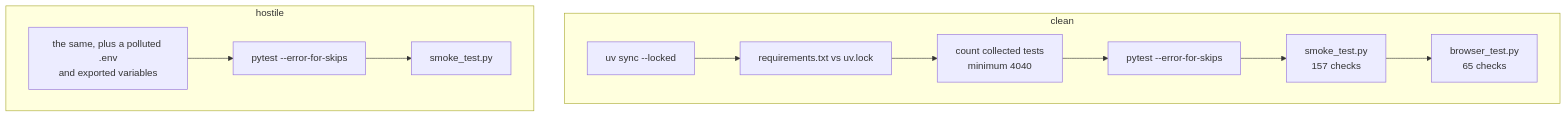
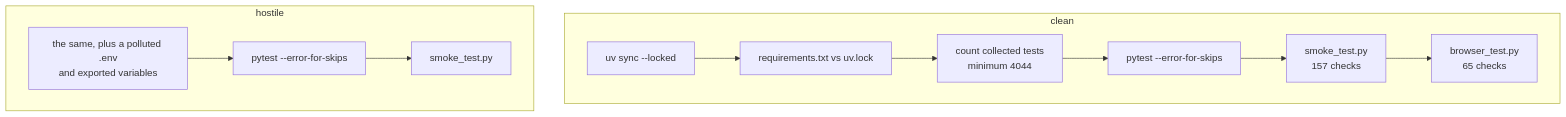
Before and after one commit to IAMN1/link-shortener: the diagram in docs/testing.md, drawn with Mermaid. The commit also changed other lines of this file and 9 other files, not shown here.

````diff
--- a/docs/testing.md
+++ b/docs/testing.md
@@ -409,12 +409,12 @@
 ```mermaid
 flowchart TD
     subgraph clean["clean"]
         C1[uv sync --locked] --> C2[requirements.txt vs uv.lock]
-        C2 --> C3[count collected tests<br/>minimum 4040] --> C4[pytest --error-for-skips]
+        C2 --> C3[count collected tests<br/>minimum 4044] --> C4[pytest --error-for-skips]
         C4 --> C5[smoke_test.py<br/>157 checks] --> C6[browser_test.py<br/>65 checks]
     end
     subgraph hostile["hostile"]
         H1[the same, plus a polluted .env<br/>and exported variables] --> H2[pytest --error-for-skips]
         H2 --> H3[smoke_test.py]
     end
 ```
````
